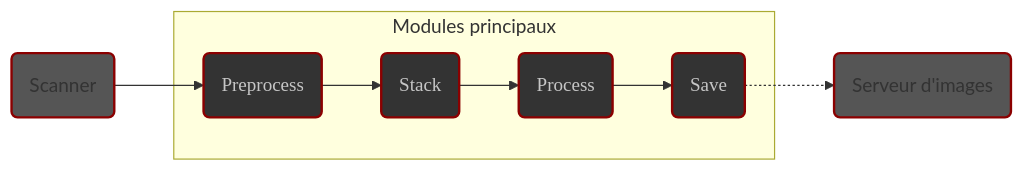
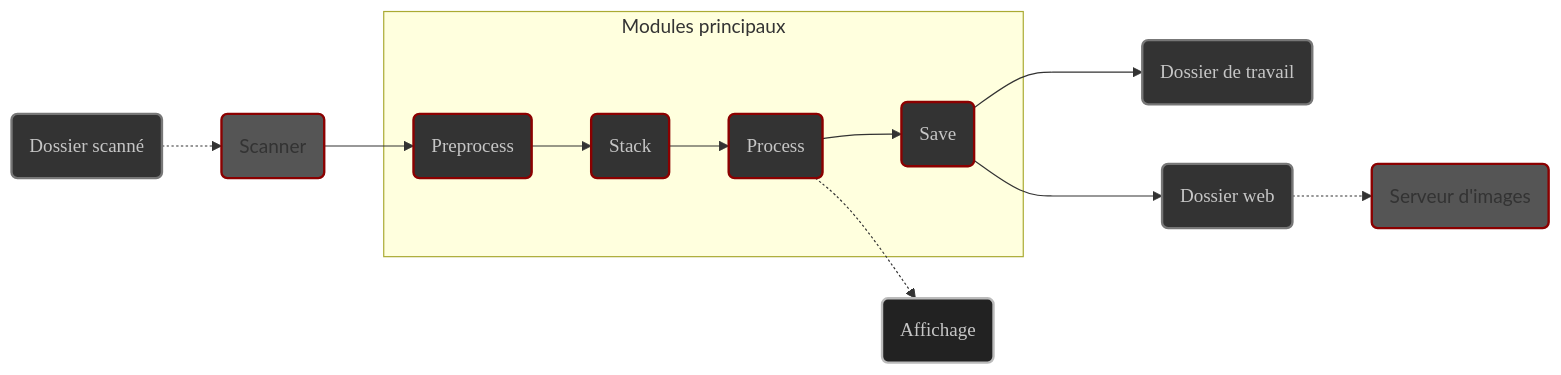
The diagram in content/fr/docs/v0.7/userguide/concepts.md (deufrai/als), drawn with Mermaid before and after one commit. The commit also changed other lines of this file and 2 other files, not shown here.

````diff
--- a/content/fr/docs/v0.7/userguide/concepts.md
+++ b/content/fr/docs/v0.7/userguide/concepts.md
@@ -37,17 +37,28 @@
 ```mermaid
 graph LR
     subgraph Modules principaux
         B(Preprocess) --> C(Stack)
         C --> D(Process)
         D --> E(Save)
     end
     A(Scanner) --> B
-    E -.-> F(Serveur d'images)
+    E ---> F(Dossier de travail)
+    E ---> G(Dossier web)
+    G -.-> H(Serveur d'images)
+    D -.-> I(Affichage)
+    
+    S(Dossier scanné) -.-> A
 
     style A fill:#555,stroke:darkred,stroke-width:2px
     style B fill:#333,stroke:darkred,stroke-width:2px,color:#c6c6c6,font-family:'Poppins',sans-serif
     style C fill:#333,stroke:darkred,stroke-width:2px,color:#c6c6c6,font-family:'Poppins',sans-serif
     style D fill:#333,stroke:darkred,stroke-width:2px,color:#c6c6c6,font-family:'Poppins',sans-serif
     style E fill:#333,stroke:darkred,stroke-width:2px,color:#c6c6c6,font-family:'Poppins',sans-serif
-    style F fill:#555,stroke:darkred,stroke-width:2px
+    
+    style F fill:#333,stroke:#777,stroke-width:2px,color:#c6c6c6,font-family:'Poppins',sans-serif
+    style G fill:#333,stroke:#777,stroke-width:2px,color:#c6c6c6,font-family:'Poppins',sans-serif
+    style I fill:#222,stroke:#BBB,stroke-width:2px,color:#c6c6c6,font-family:'Poppins',sans-serif
+    style S fill:#333,stroke:#777,stroke-width:2px,color:#c6c6c6,font-family:'Poppins',sans-serif
+    
+    style H fill:#555,stroke:darkred,stroke-width:2px
 ```
````
